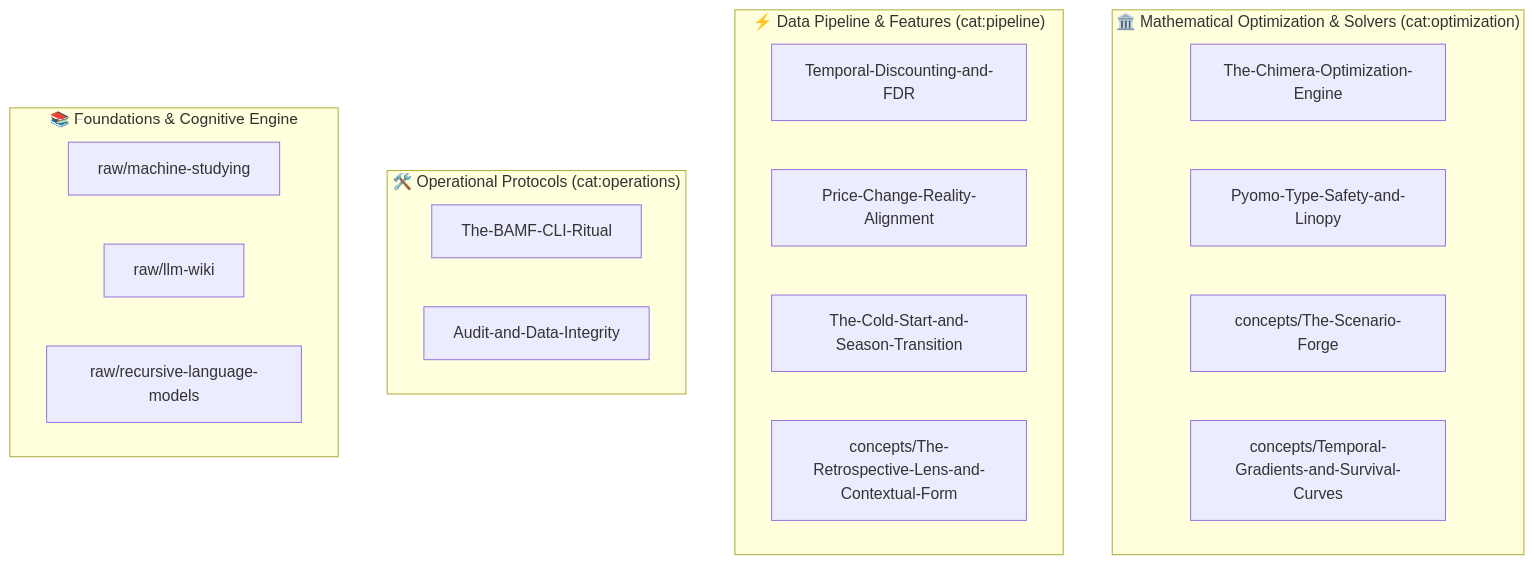
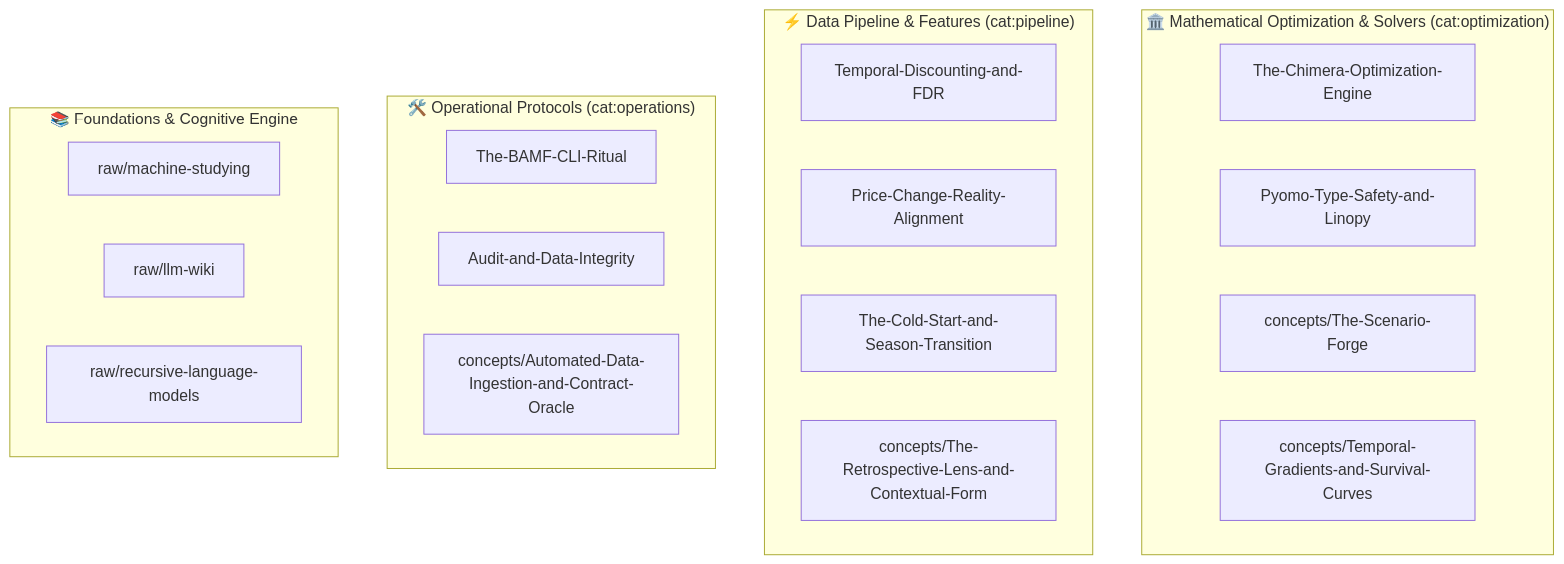
Before and after one commit to ianchanning/fpl-dominator: the diagram in .agents/skills/fpl-machine-studying-wiki/wiki/index.md, drawn with Mermaid. The commit also changed other lines of this file and 6 other files, not shown here.

Commit message:
feat: add automated playwright data ingestion and contract oracle (RFC-012)

````diff
--- a/.agents/skills/fpl-machine-studying-wiki/wiki/index.md
+++ b/.agents/skills/fpl-machine-studying-wiki/wiki/index.md
@@ -3,27 +3,28 @@
 ```mermaid
 graph TD
     subgraph "🏛️ Mathematical Optimization & Solvers (cat:optimization)"
         O1[The-Chimera-Optimization-Engine]
         O2[Pyomo-Type-Safety-and-Linopy]
         O3[concepts/The-Scenario-Forge]
         O4[concepts/Temporal-Gradients-and-Survival-Curves]
     end
 
     subgraph "⚡ Data Pipeline & Features (cat:pipeline)"
         P1[Temporal-Discounting-and-FDR]
         P2[Price-Change-Reality-Alignment]
         P3[The-Cold-Start-and-Season-Transition]
         P4[concepts/The-Retrospective-Lens-and-Contextual-Form]
     end
 
     subgraph "🛠️ Operational Protocols (cat:operations)"
         R1[The-BAMF-CLI-Ritual]
         R2[Audit-and-Data-Integrity]
+        R3[concepts/Automated-Data-Ingestion-and-Contract-Oracle]
     end
 
     subgraph "📚 Foundations & Cognitive Engine"
         F1[raw/machine-studying]
         F2[raw/llm-wiki]
         F3[raw/recursive-language-models]
     end
 ```
````
